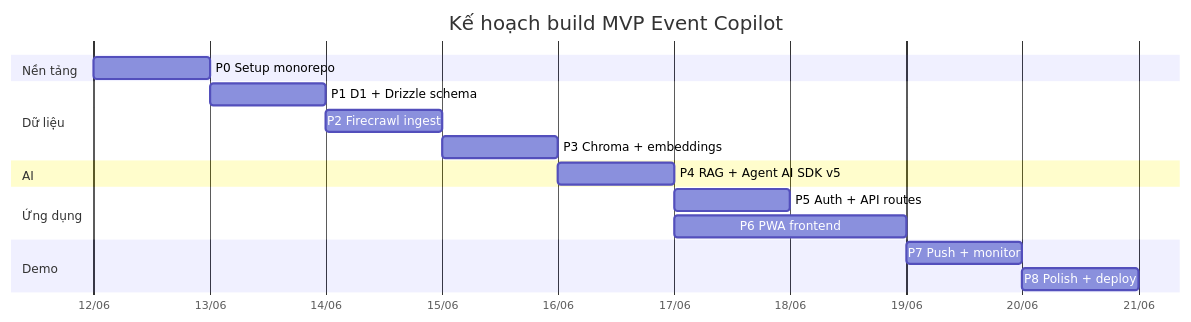
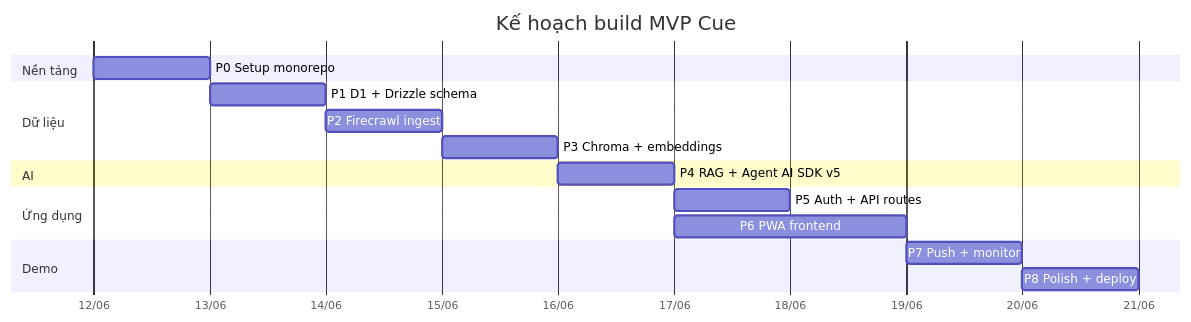
Before and after one commit to khangzens2001/AI-build-week-gemo: the seventh of 7 diagrams in README.md, drawn with Mermaid. The commit also changed other lines of this file and 24 other files, not shown here.

First line of the commit message:
feat: rebrand Event Copilot -> Cue + chat keyboard/scroll polish

````diff
--- a/README.md
+++ b/README.md
@@ -370,20 +370,20 @@
 ```mermaid
 gantt
-    title Kế hoạch build MVP Event Copilot
+    title Kế hoạch build MVP Cue
     dateFormat YYYY-MM-DD
     axisFormat %d/%m
     section Nền tảng
     P0 Setup monorepo        :p0, 2026-06-12, 1d
     section Dữ liệu
     P1 D1 + Drizzle schema   :p1, after p0, 1d
     P2 Firecrawl ingest      :p2, after p1, 1d
     P3 Chroma + embeddings   :p3, after p2, 1d
     section AI
     P4 RAG + Agent AI SDK v5 :p4, after p3, 1d
     section Ứng dụng
     P5 Auth + API routes     :p5, after p4, 1d
     P6 PWA frontend          :p6, after p4, 2d
     section Demo
     P7 Push + monitor        :p7, after p6, 1d
     P8 Polish + deploy       :p8, after p7, 1d
 ```
````
